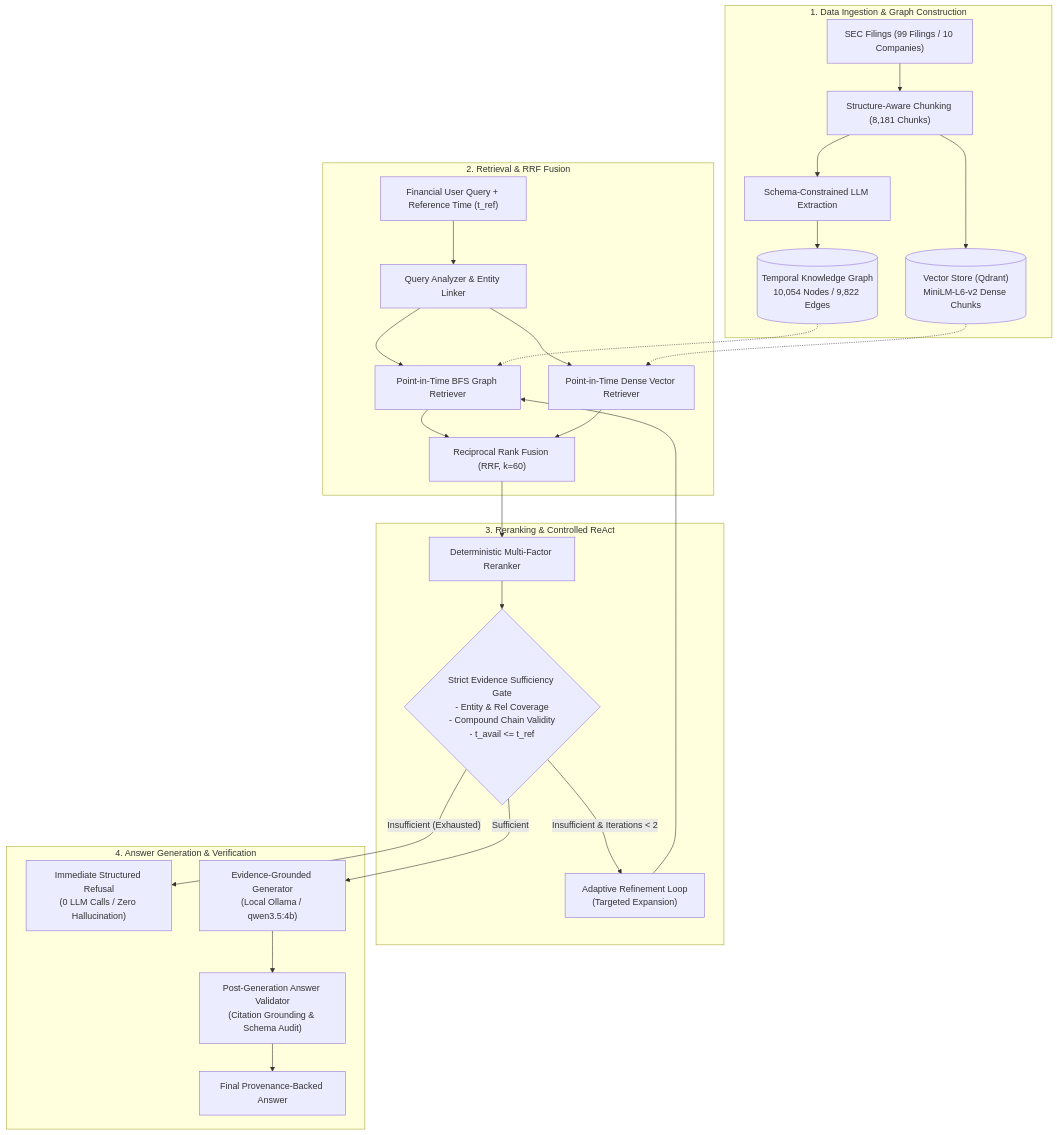
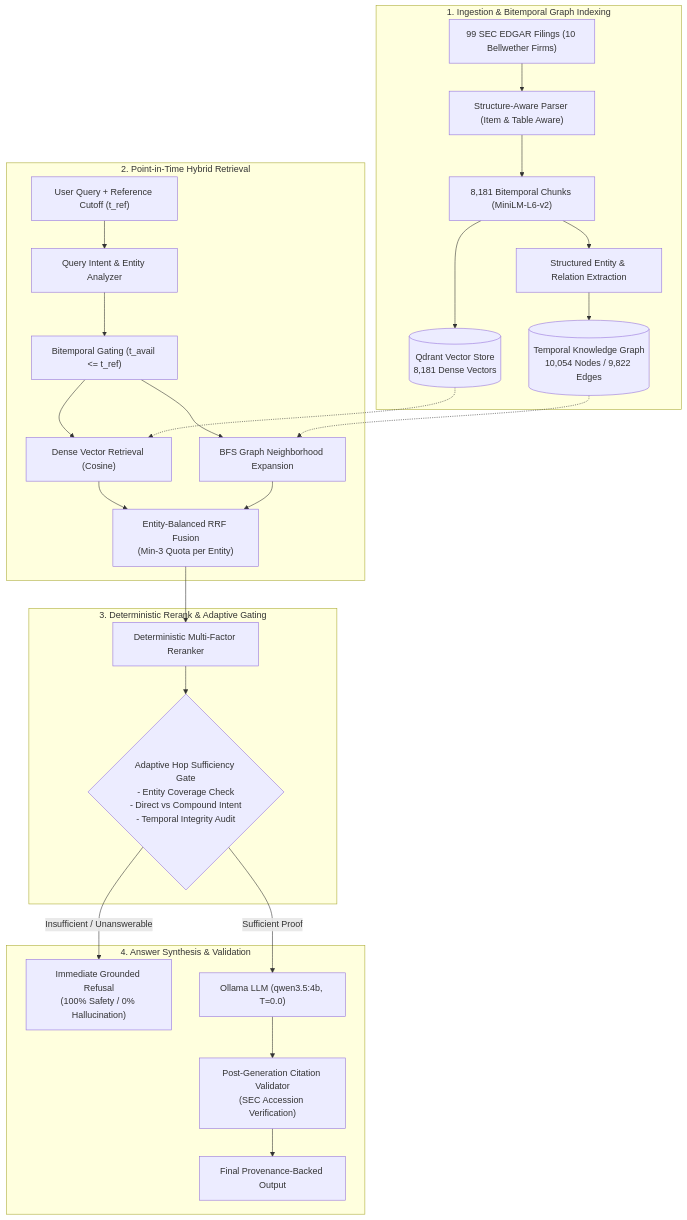
The diagram in README.md (Dhruv-vm/FinGraph-AI), drawn with Mermaid before and after one commit. The commit also changed other lines of this file and 2 other files, not shown here.

Commit message:
docs: update README with Phase 7-8 architecture, benchmarks, and Quick Start guide

````diff
--- a/README.md
+++ b/README.md
@@ -64,33 +81,33 @@
 ```mermaid
 flowchart TD
-    subgraph Ingestion ["1. Data Ingestion & Graph Construction"]
-        SEC["SEC Filings (99 Filings / 10 Companies)"] --> Chunking["Structure-Aware Chunking (8,181 Chunks)"]
-        Chunking --> Extraction["Schema-Constrained LLM Extraction"]
-        Extraction --> TKG[("Temporal Knowledge Graph<br/>10,054 Nodes / 9,822 Edges")]
-        Chunking --> VStore[("Vector Store (Qdrant)<br/>MiniLM-L6-v2 Dense Chunks")]
+    subgraph DataLayer ["1. Ingestion & Bitemporal Graph Indexing"]
+        SEC["99 SEC EDGAR Filings (10 Bellwether Firms)"] --> Parser["Structure-Aware Parser (Item & Table Aware)"]
+        Parser --> Chunks["8,181 Bitemporal Chunks (MiniLM-L6-v2)"]
+        Chunks --> VStore[("Qdrant Vector Store<br/>8,181 Dense Vectors")]
+        Chunks --> Extractor["Structured Entity & Relation Extraction"]
+        Extractor --> TKG[("Temporal Knowledge Graph<br/>10,054 Nodes / 9,822 Edges")]
     end
 
-    subgraph QueryLayer ["2. Retrieval & RRF Fusion"]
-        Query["Financial User Query + Reference Time (t_ref)"] --> Analyzer["Query Analyzer & Entity Linker"]
-        Analyzer --> GraphRetriever["Point-in-Time BFS Graph Retriever"]
-        Analyzer --> VectorRetriever["Point-in-Time Dense Vector Retriever"]
-        TKG -.-> GraphRetriever
-        VStore -.-> VectorRetriever
-        GraphRetriever --> RRF["Reciprocal Rank Fusion (RRF, k=60)"]
-        VectorRetriever --> RRF
+    subgraph RetrievalLayer ["2. Point-in-Time Hybrid Retrieval"]
+        Query["User Query + Reference Cutoff (t_ref)"] --> Analyzer["Query Intent & Entity Analyzer"]
+        Analyzer --> SnapGate["Bitemporal Gating (t_avail <= t_ref)"]
+        SnapGate --> VRet["Dense Vector Retrieval (Cosine)"]
+        SnapGate --> GRet["BFS Graph Neighborhood Expansion"]
+        VStore -.-> VRet
+        TKG -.-> GRet
+        VRet --> EBRRF["Entity-Balanced RRF Fusion<br/>(Min-3 Quota per Entity)"]
+        GRet --> EBRRF
     end
 
-    subgraph ReasoningLayer ["3. Reranking & Controlled ReAct"]
-        RRF --> Reranker["Deterministic Multi-Factor Reranker"]
-        Reranker --> SufficiencyGate{"Strict Evidence Sufficiency Gate<br/>- Entity & Rel Coverage<br/>- Compound Chain Validity<br/>- t_avail <= t_ref"}
-        SufficiencyGate -- "Insufficient & Iterations < 2" --> ReAct["Adaptive Refinement Loop<br/>(Targeted Expansion)"]
-        ReAct --> GraphRetriever
+    subgraph ReasoningLayer ["3. Deterministic Rerank & Adaptive Gating"]
+        EBRRF --> Reranker["Deterministic Multi-Factor Reranker"]
+        Reranker --> SuffGate{"Adaptive Hop Sufficiency Gate<br/>- Entity Coverage Check<br/>- Direct vs Compound Intent<br/>- Temporal Integrity Audit"}
     end
 
-    subgraph GenerationLayer ["4. Answer Generation & Verification"]
-        SufficiencyGate -- "Insufficient (Exhausted)" --> Refusal["Immediate Structured Refusal<br/>(0 LLM Calls / Zero Hallucination)"]
-        SufficiencyGate -- "Sufficient" --> Generator["Evidence-Grounded Generator<br/>(Local Ollama / qwen3.5:4b)"]
-        Generator --> Validator["Post-Generation Answer Validator<br/>(Citation Grounding & Schema Audit)"]
-        Validator --> FinalAnswer["Final Provenance-Backed Answer"]
+    subgraph GenerationLayer ["4. Answer Synthesis & Validation"]
+        SuffGate -- "Insufficient / Unanswerable" --> Refusal["Immediate Grounded Refusal<br/>(100% Safety / 0% Hallucination)"]
+        SuffGate -- "Sufficient Proof" --> Generator["Ollama LLM (qwen3.5:4b, T=0.0)"]
+        Generator --> Validator["Post-Generation Citation Validator<br/>(SEC Accession Verification)"]
+        Validator --> FinalAnswer["Final Provenance-Backed Output"]
     end
 ```
````
